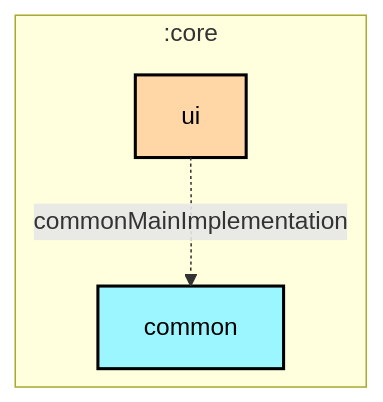
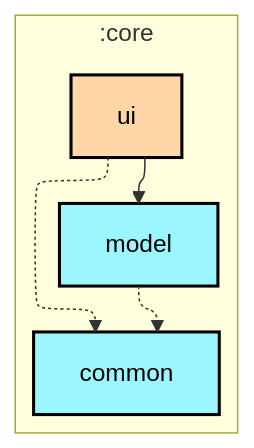
The first of 2 diagrams in core/ui/README.md (woods-marshes/chat-multiplatform), drawn with Mermaid before and after one commit. The commit also changed 11 other files, not shown here.

````diff
--- a/core/ui/README.md
+++ b/core/ui/README.md
@@ -6,21 +6,24 @@
 ```mermaid
 ---
 config:
   layout: elk
   elk:
     nodePlacementStrategy: SIMPLE
 ---
 graph TB
   subgraph :core
     direction TB
     :core:common[common]:::kotlin-multiplatform
+    :core:model[model]:::kotlin-multiplatform
     :core:ui[ui]:::compose-multiplatform
   end
 
-  :core:ui -.->|commonMainImplementation| :core:common
+  :core:model -.-> :core:common
+  :core:ui -.-> :core:common
+  :core:ui --> :core:model
 
 classDef android-application fill:#CAFFBF,stroke:#000,stroke-width:2px,color:#000;
 classDef compose-multiplatform fill:#FFD6A5,stroke:#000,stroke-width:2px,color:#000;
 classDef kotlin-multiplatform fill:#9BF6FF,stroke:#000,stroke-width:2px,color:#000;
 classDef unknown fill:#FFADAD,stroke:#000,stroke-width:2px,color:#000;
 ```
````
